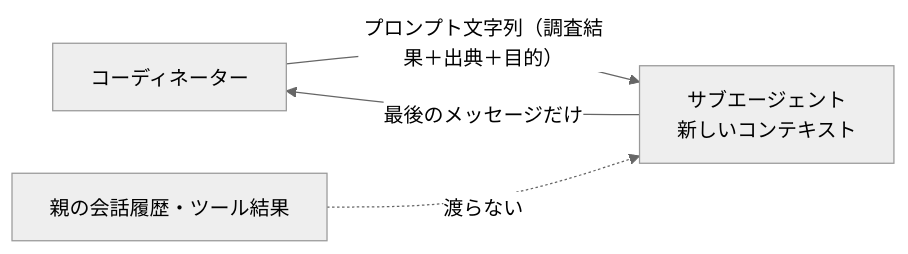
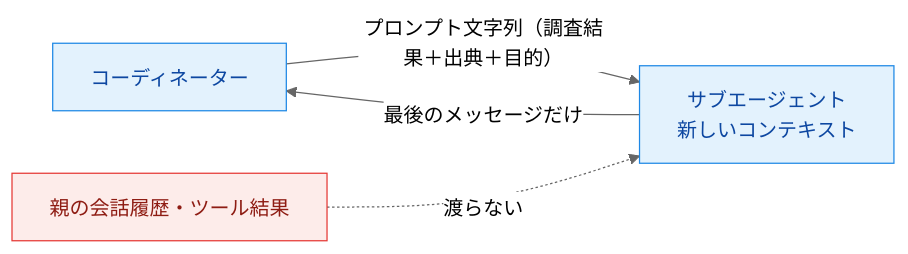
One commit to yuya-take/yuya-exam-notes changed the diagram in ccaf/notes/01-agentic-architecture/subagent-context-passing.md. Above: the diagram before and after it, drawn with Mermaid (neutral theme). The commit also changed other lines of this file and 50 other files, not shown here.

````diff
--- a/ccaf/notes/01-agentic-architecture/subagent-context-passing.md
+++ b/ccaf/notes/01-agentic-architecture/subagent-context-passing.md
@@ -13,6 +12,10 @@
 ```mermaid
 flowchart LR
-  P[コーディネーター] -- "プロンプト文字列（調査結果＋出典＋目的）" --> S[サブエージェント<br/>新しいコンテキスト]
+  P[コーディネーター] -- "プロンプト文字列（調査結果＋出典＋目的）" --> S["サブエージェント<br/>新しいコンテキスト"]
   S -- "最後のメッセージだけ" --> P
   H[親の会話履歴・ツール結果] -. 渡らない .-> S
+  classDef run fill:#e3f2fd,stroke:#1e88e5,color:#0d47a1
+  classDef ng fill:#fdecea,stroke:#e53935,color:#8e1c13
+  class P,S run
+  class H ng
 ```
````
